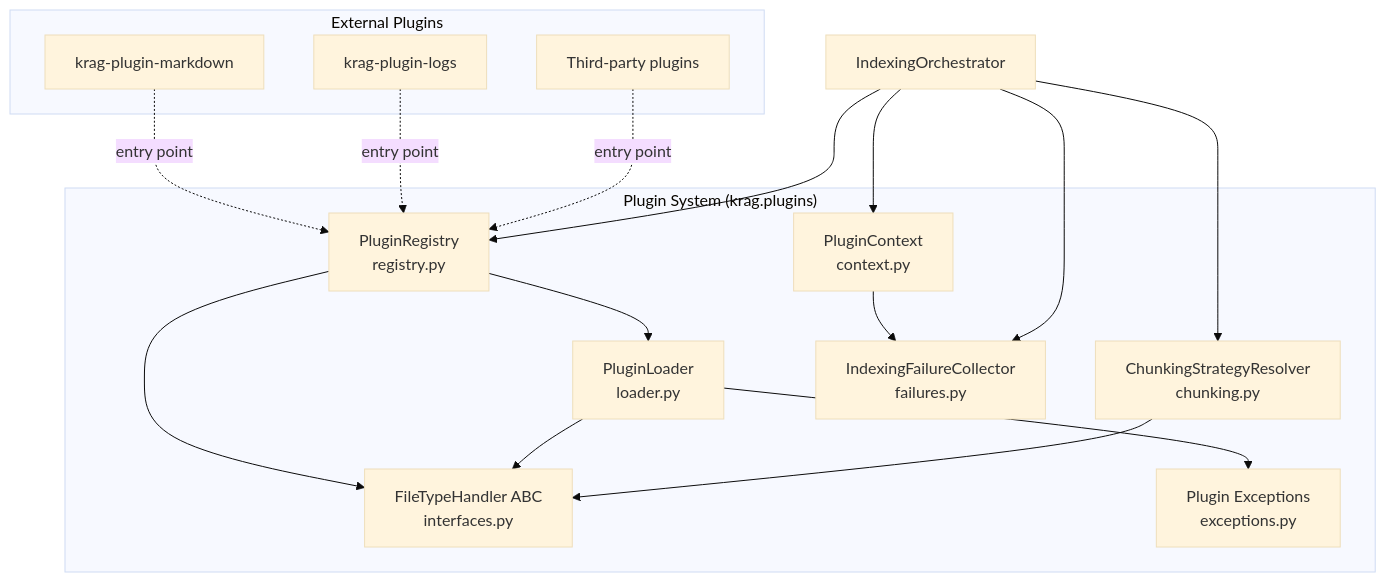
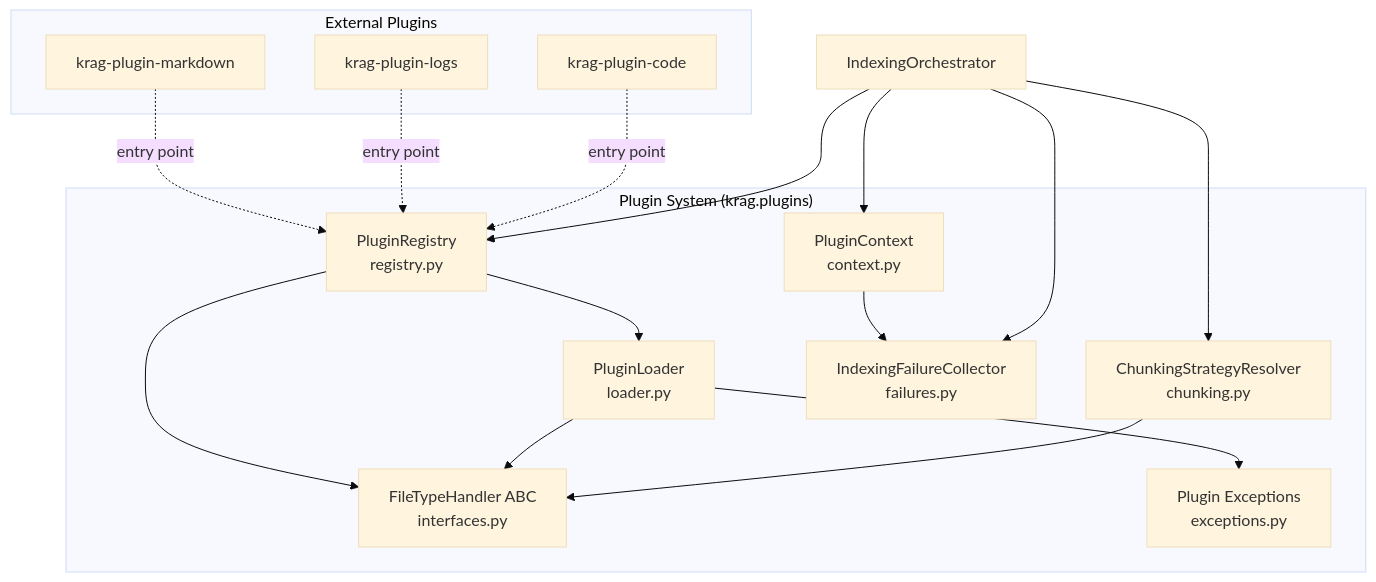
The fifth of 7 diagrams in docs/architecture.md (kenhia/krag), drawn with Mermaid (base theme) before and after one commit. The commit also changed other lines of this file, not shown here.

First line of the commit message:
docs: comprehensive architecture.md update for 006-code-quality-sprint

````diff
--- a/docs/architecture.md
+++ b/docs/architecture.md
@@ -402,34 +717,34 @@
 ```mermaid
 graph TB
     subgraph Plugin["Plugin System (krag.plugins)"]
         REG[PluginRegistry<br/>registry.py]
         LOADER[PluginLoader<br/>loader.py]
         IFACE[FileTypeHandler ABC<br/>interfaces.py]
         CTX[PluginContext<br/>context.py]
         CHUNK_R[ChunkingStrategyResolver<br/>chunking.py]
         FAIL[IndexingFailureCollector<br/>failures.py]
         EXC[Plugin Exceptions<br/>exceptions.py]
     end
 
     subgraph External["External Plugins"]
         P1[krag-plugin-markdown]
         P2[krag-plugin-logs]
-        P3[Third-party plugins]
+        P3[krag-plugin-code]
     end
 
     REG --> LOADER
     REG --> IFACE
     LOADER --> IFACE
     LOADER --> EXC
     CTX --> FAIL
     CHUNK_R --> IFACE
 
     P1 -.->|entry point| REG
     P2 -.->|entry point| REG
     P3 -.->|entry point| REG
 
     INDEXER_EXT[IndexingOrchestrator] --> REG
     INDEXER_EXT --> CTX
     INDEXER_EXT --> CHUNK_R
     INDEXER_EXT --> FAIL
 ```
````
